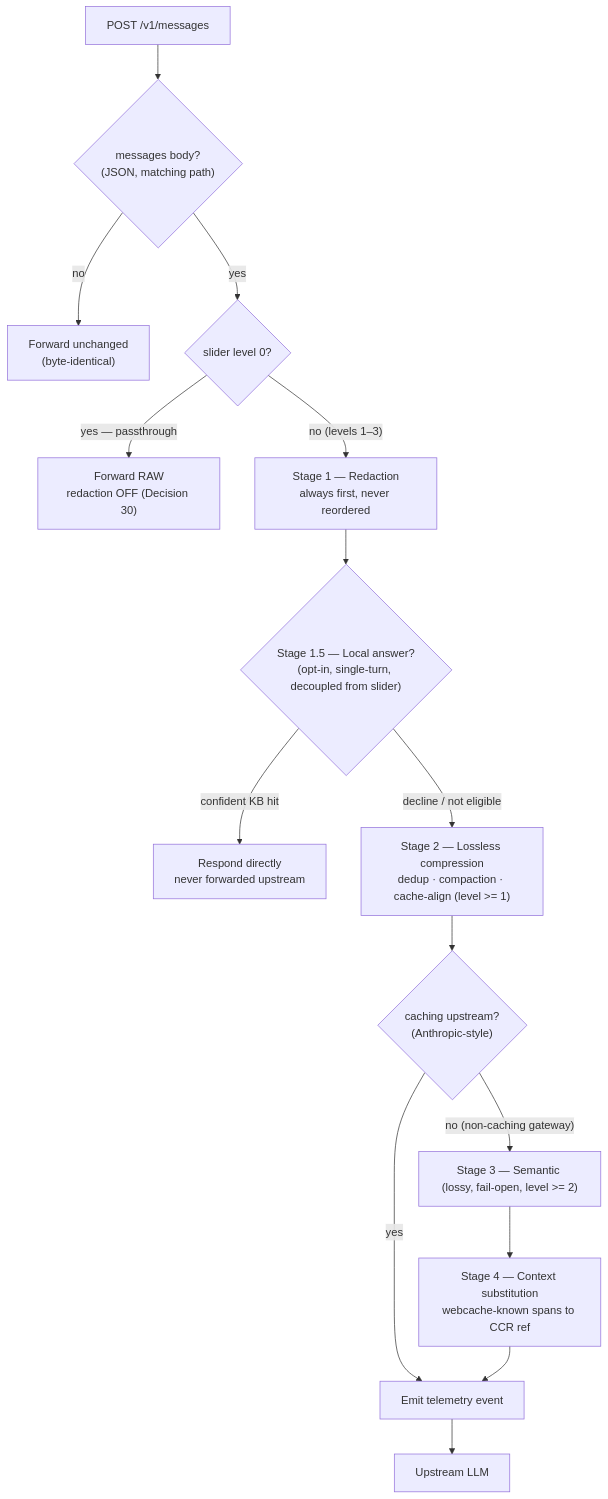
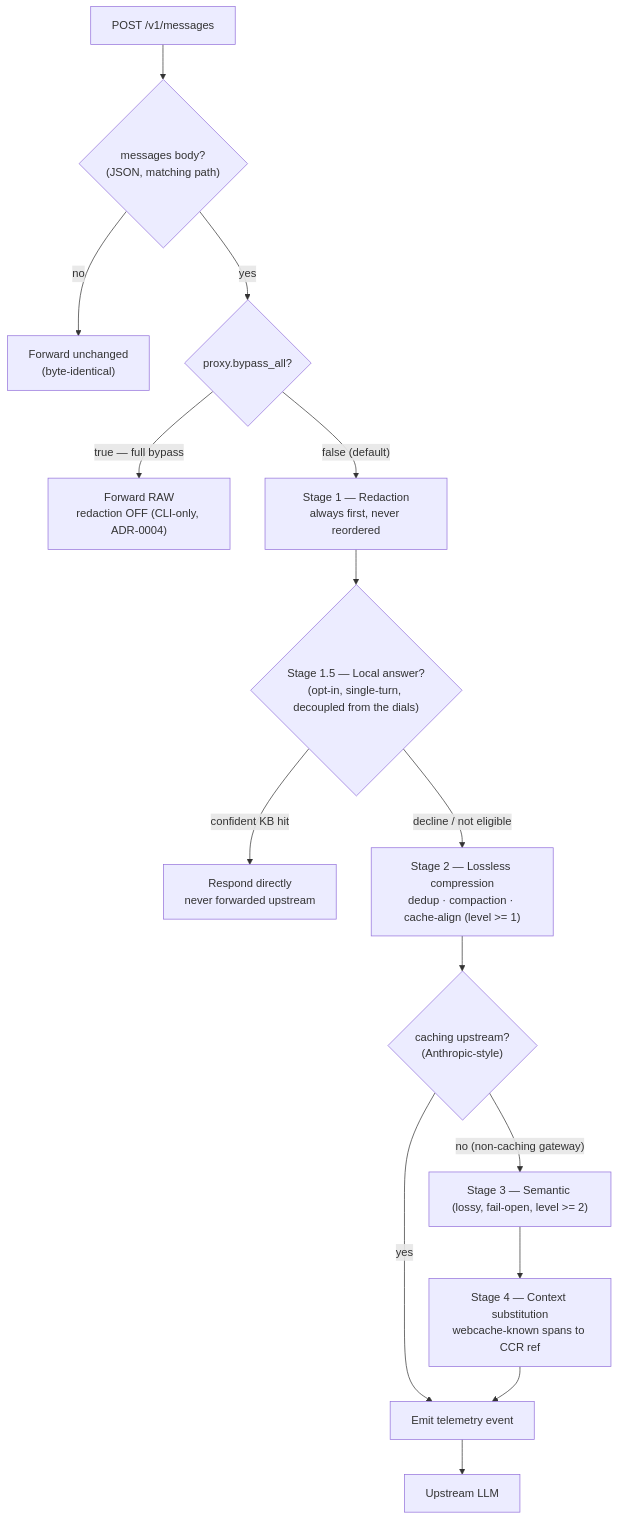
Before and after one commit to cloudcatalyst/golem: the second of 8 diagrams in docs/wiki/concepts/Architecture.md, drawn with Mermaid. The commit also changed other lines of this file and 15 other files, not shown here.

````diff
--- a/docs/wiki/concepts/Architecture.md
+++ b/docs/wiki/concepts/Architecture.md
@@ -96,17 +96,17 @@
 ```mermaid
 flowchart TB
   A["POST /v1/messages"] --> B{"messages body?<br/>(JSON, matching path)"}
   B -->|"no"| FWD["Forward unchanged<br/>(byte-identical)"]
-  B -->|"yes"| L0{"slider level 0?"}
-  L0 -->|"yes — passthrough"| FWD2["Forward RAW<br/>redaction OFF (Decision 30)"]
-  L0 -->|"no (levels 1–3)"| R["Stage 1 — Redaction<br/>always first, never reordered"]
-  R --> LA{"Stage 1.5 — Local answer?<br/>(opt-in, single-turn, decoupled from slider)"}
+  B -->|"yes"| L0{"proxy.bypass_all?"}
+  L0 -->|"true — full bypass"| FWD2["Forward RAW<br/>redaction OFF (CLI-only, ADR-0004)"]
+  L0 -->|"false (default)"| R["Stage 1 — Redaction<br/>always first, never reordered"]
+  R --> LA{"Stage 1.5 — Local answer?<br/>(opt-in, single-turn, decoupled from the dials)"}
   LA -->|"confident KB hit"| RESP["Respond directly<br/>never forwarded upstream"]
   LA -->|"decline / not eligible"| C2["Stage 2 — Lossless compression<br/>dedup · compaction · cache-align (level >= 1)"]
   C2 --> G{"caching upstream?<br/>(Anthropic-style)"}
   G -->|"yes"| EMIT["Emit telemetry event"]
   G -->|"no (non-caching gateway)"| C3["Stage 3 — Semantic (lossy, fail-open, level >= 2)"]
   C3 --> C4["Stage 4 — Context substitution<br/>webcache-known spans to CCR ref"]
   C4 --> EMIT
   EMIT --> UP["Upstream LLM"]
 ```
````
